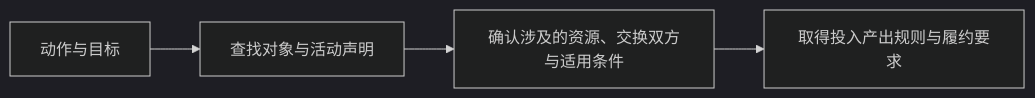
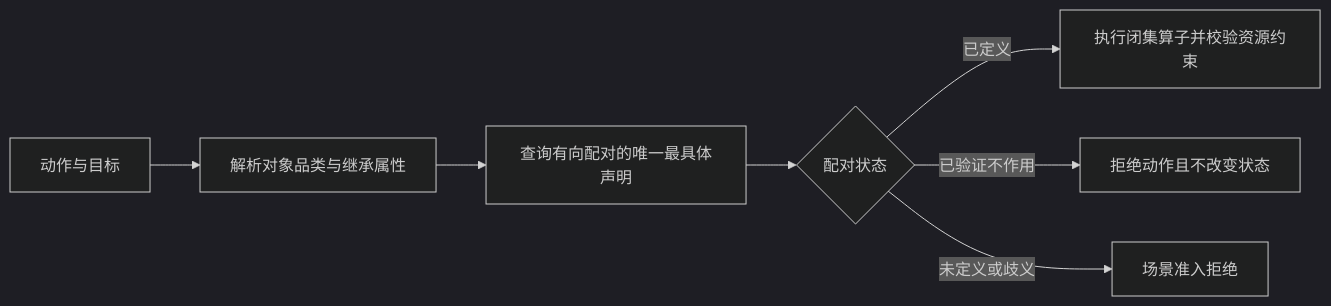
The fourth of 6 diagrams in docs/design/02-exchange-engine.md (HoldThatThgt/WorldMock), drawn with Mermaid (dark theme) before and after one commit. The commit also changed other lines of this file and 100 other files, not shown here.

````diff
--- a/docs/design/02-exchange-engine.md
+++ b/docs/design/02-exchange-engine.md
@@ -147,6 +148,9 @@
 ```mermaid
 flowchart LR
-    A[动作与目标] --> B[查找对象与活动声明]
-    B --> C[确认涉及的资源、交换双方与适用条件]
-    C --> D[取得投入产出规则与履约要求]
+    A[动作与目标] --> B[解析对象品类与继承属性]
+    B --> C[查询有向配对的唯一最具体声明]
+    C --> D{配对状态}
+    D -->|已定义| E[执行闭集算子并校验资源约束]
+    D -->|已验证不作用| F[拒绝动作且不改变状态]
+    D -->|未定义或歧义| G[场景准入拒绝]
 ```
````
